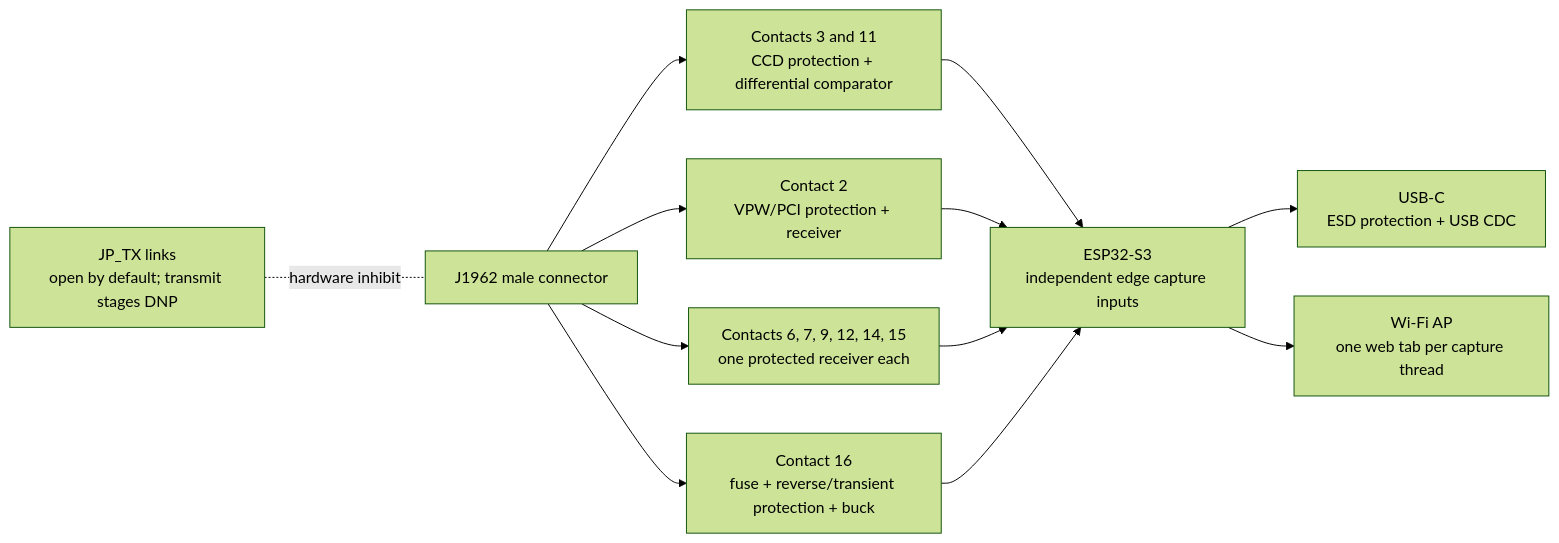
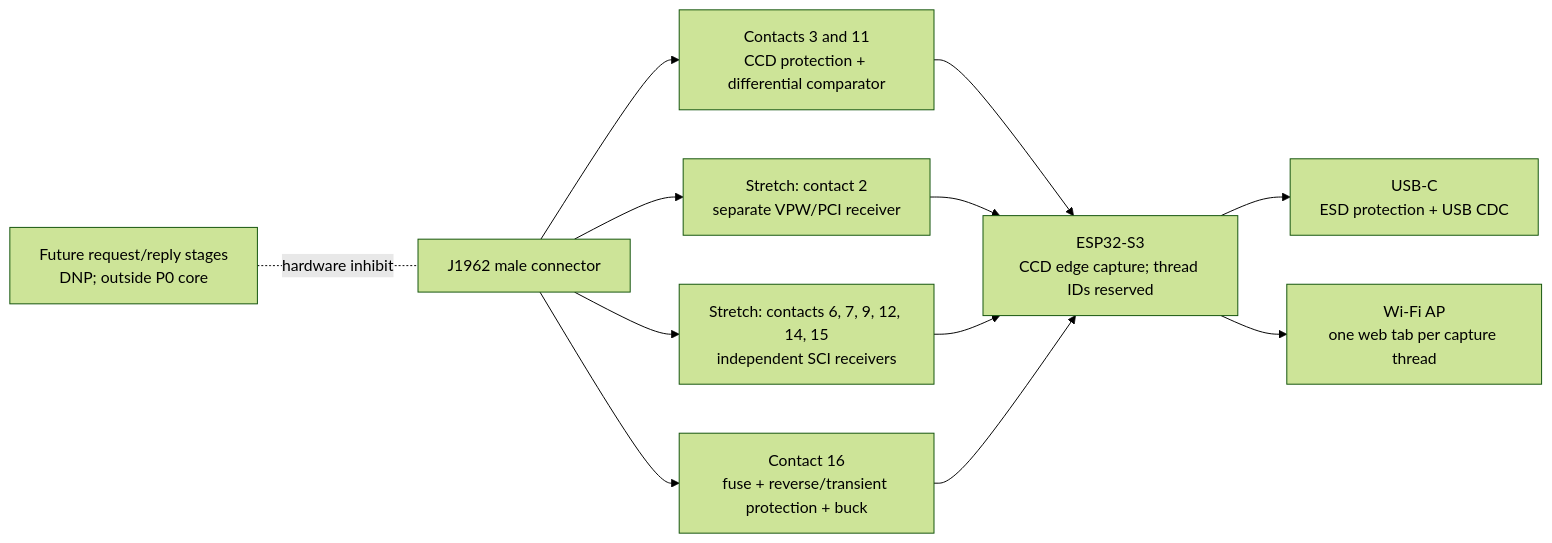
Before and after one commit to qu37zal/chrysler-ccd: the diagram in docs/p0-bom.md, drawn with Mermaid (forest theme). The commit also changed other lines of this file and 7 other files, not shown here.

Commit message:
Scope P0 around passive CCD capture

````diff
--- a/docs/p0-bom.md
+++ b/docs/p0-bom.md
@@ -28,19 +28,19 @@
 ```mermaid
 flowchart LR
   DLC[J1962 male connector]
   CCD[Contacts 3 and 11<br/>CCD protection + differential comparator]
-  VPW[Contact 2<br/>VPW/PCI protection + receiver]
-  SCI[Contacts 6, 7, 9, 12, 14, 15<br/>one protected receiver each]
-  MCU[ESP32-S3<br/>independent edge capture inputs]
+  VPW[Stretch: contact 2<br/>separate VPW/PCI receiver]
+  SCI[Stretch: contacts 6, 7, 9, 12, 14, 15<br/>independent SCI receivers]
+  MCU[ESP32-S3<br/>CCD edge capture; thread IDs reserved]
   USB[USB-C<br/>ESD protection + USB CDC]
   WEB[Wi-Fi AP<br/>one web tab per capture thread]
   VIN[Contact 16<br/>fuse + reverse/transient protection + buck]
-  EN[JP_TX links<br/>open by default; transmit stages DNP]
+  EN[Future request/reply stages<br/>DNP; outside P0 core]
   DLC --> CCD --> MCU
   DLC --> VPW --> MCU
   DLC --> SCI --> MCU
   MCU --> USB
   MCU --> WEB
   DLC --> VIN --> MCU
   EN -. hardware inhibit .- DLC
 ```
````
